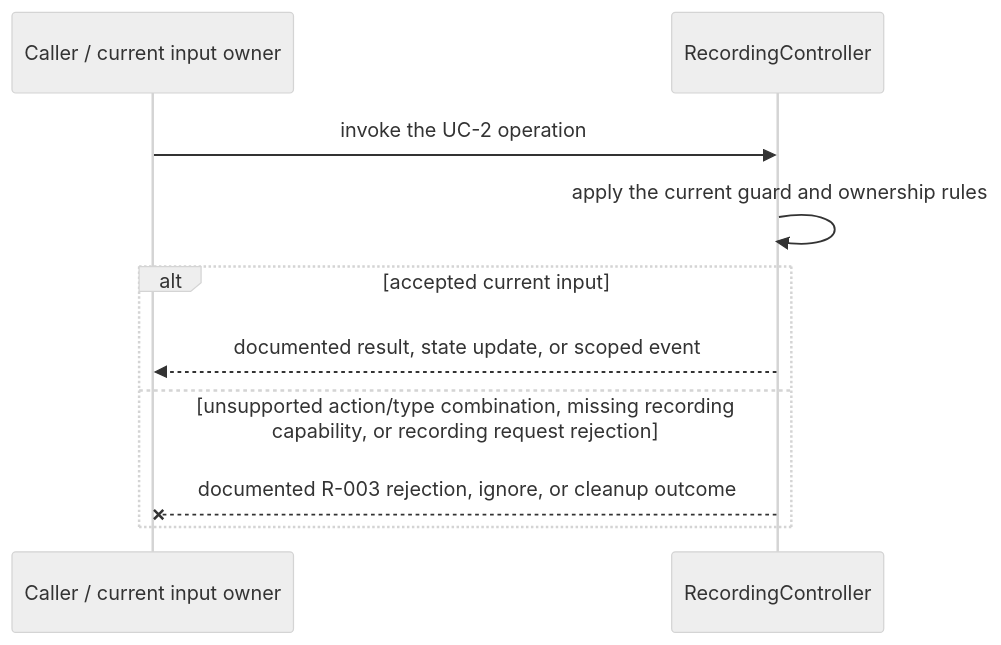
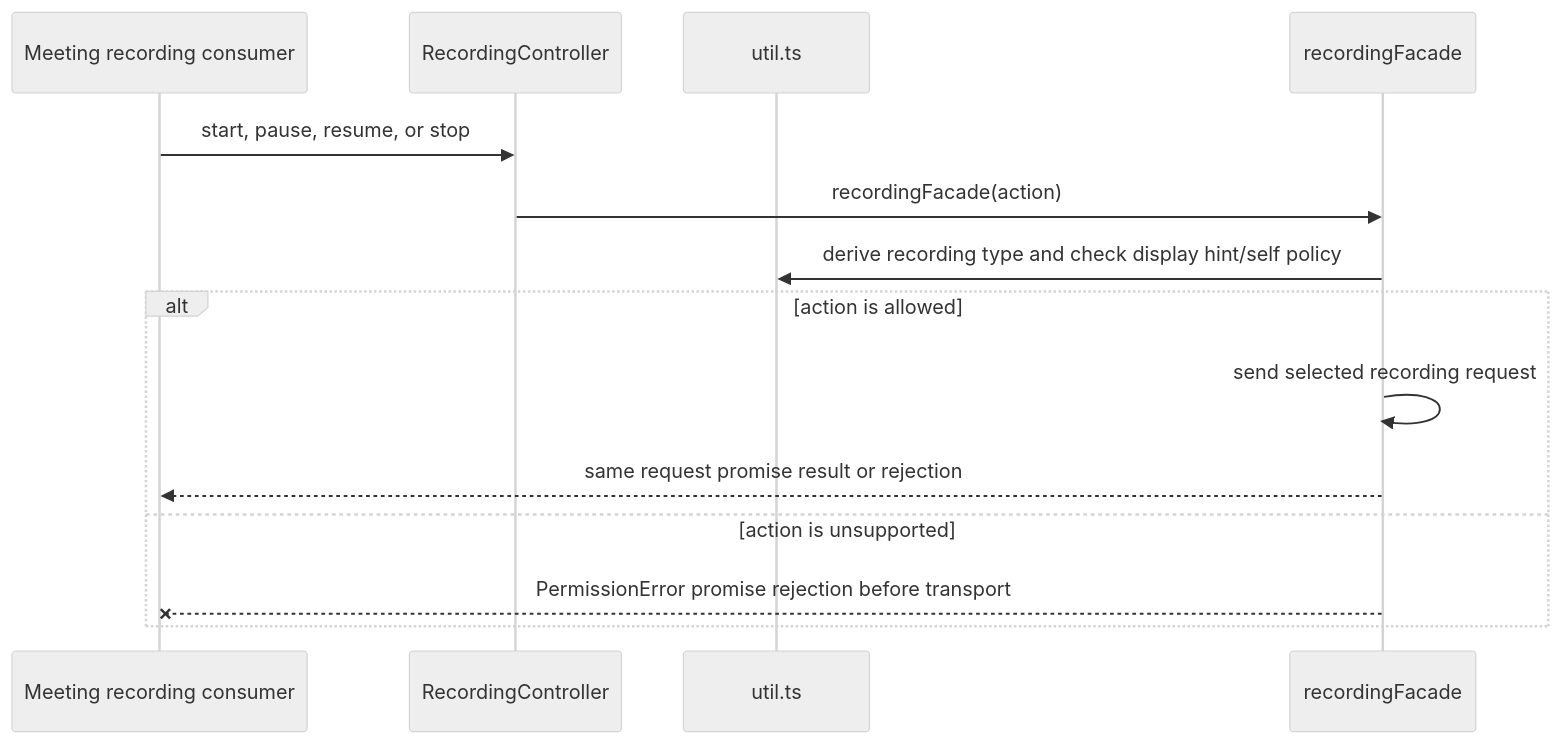
Before and after one commit to webex/webex-js-sdk: the third of 4 diagrams in packages/@webex/plugin-meetings/src/recording-controller/ai-docs/recording-controller-spec.md, drawn with Mermaid (neutral theme). The commit also changed other lines of this file and 24 other files, not shown here.

````diff
--- a/packages/@webex/plugin-meetings/src/recording-controller/ai-docs/recording-controller-spec.md
+++ b/packages/@webex/plugin-meetings/src/recording-controller/ai-docs/recording-controller-spec.md
@@ -137,12 +141,16 @@
 ```mermaid
 sequenceDiagram
-  participant C as Caller / current input owner
-  participant M as RecordingController
-  C->>M: invoke the UC-2 operation
-  M->>M: apply the current guard and ownership rules
-  alt accepted current input
-    M-->>C: documented result, state update, or scoped event
-  else unsupported action/type combination, missing recording capability, or recording request rejection
-    M--xC: documented R-003 rejection, ignore, or cleanup outcome
+  participant C as Meeting recording consumer
+  participant R as RecordingController
+  participant U as util.ts
+  participant F as recordingFacade
+  C->>R: start, pause, resume, or stop
+  R->>F: recordingFacade(action)
+  F->>U: derive recording type and check display hint/self policy
+  alt action is allowed
+    F->>F: send selected recording request
+    F-->>C: same request promise result or rejection
+  else action is unsupported
+    F--xC: PermissionError promise rejection before transport
   end
 ```
````
